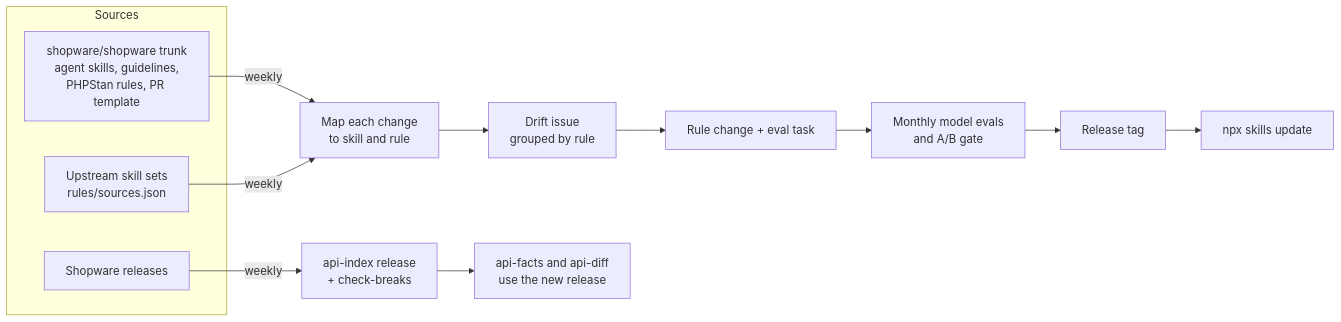
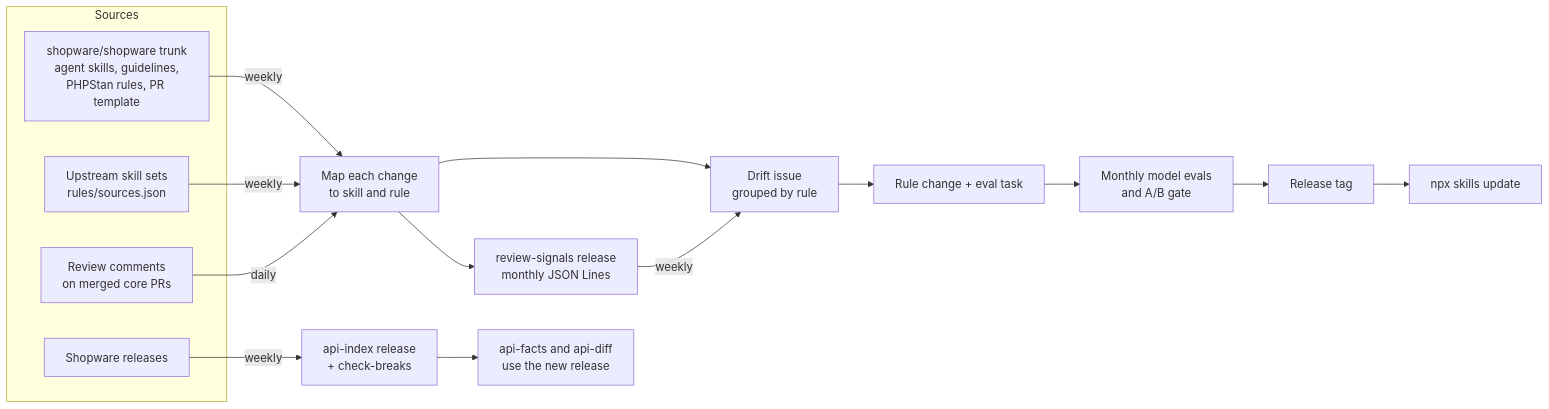
One commit to BrocksiNet/ai-skills-shopware changed the diagram in docs/maintenance.md. Above: the diagram before and after it, drawn with Mermaid. The commit also changed other lines of this file and 23 other files, not shown here.

First line of the commit message:
feat(mining): daily review collector and review-signals release (WP12 step 3)

````diff
--- a/docs/maintenance.md
+++ b/docs/maintenance.md
@@ -7,17 +7,21 @@
 ```mermaid
 flowchart LR
   subgraph sources["Sources"]
     TRUNK["shopware/shopware trunk<br/>agent skills, guidelines,<br/>PHPStan rules, PR template"]
     UP["Upstream skill sets<br/>rules/sources.json"]
+    REV["Review comments<br/>on merged core PRs"]
     TAGS["Shopware releases"]
   end
   TRUNK -- weekly --> MAP["Map each change<br/>to skill and rule"]
   UP -- weekly --> MAP
+  REV -- daily --> MAP
   MAP --> DRIFT["Drift issue<br/>grouped by rule"]
+  MAP --> SIGNALS["review-signals release<br/>monthly JSON Lines"]
+  SIGNALS -- weekly --> DRIFT
   TAGS -- weekly --> INDEX["api-index release<br/>+ check-breaks"]
   DRIFT --> PR["Rule change + eval task"]
   INDEX --> FACTS["api-facts and api-diff<br/>use the new release"]
   PR --> EVALS["Monthly model evals<br/>and A/B gate"]
   EVALS --> REL["Release tag"]
   REL --> USER["npx skills update"]
 ```
````
